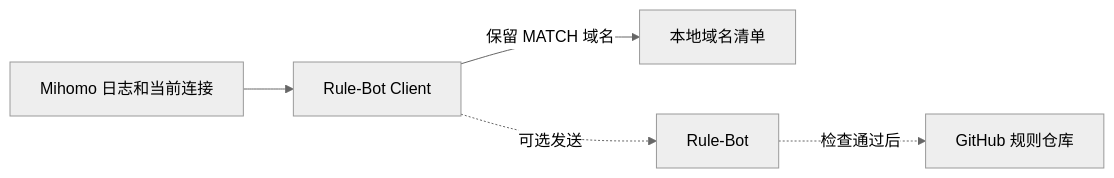
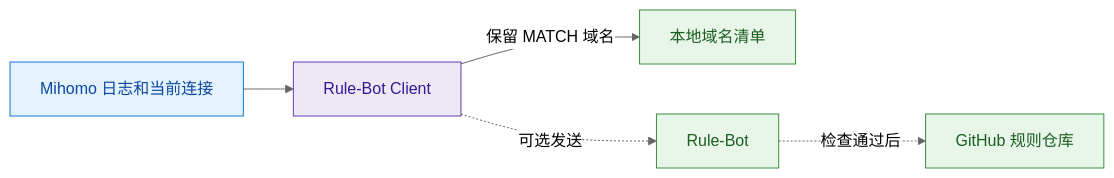
One commit to Aethersailor/Rule-Bot-Client changed the diagram in README.md. Above: the diagram before and after it, drawn with Mermaid (neutral theme). The commit also changed other lines of this file, not shown here.

````diff
--- a/README.md
+++ b/README.md
@@ -24,7 +51,13 @@
 ```mermaid
 flowchart LR
     A["Mihomo 日志和当前连接"] --> B["Rule-Bot Client"]
     B -->|"保留 MATCH 域名"| C["本地域名清单"]
     B -. "可选发送" .-> D["Rule-Bot"]
     D -. "检查通过后" .-> E["GitHub 规则仓库"]
+    classDef source fill:#e3f2fd,stroke:#1976d2,color:#0d47a1
+    classDef client fill:#ede7f6,stroke:#673ab7,color:#311b92
+    classDef result fill:#e8f5e9,stroke:#388e3c,color:#1b5e20
+    class A source
+    class B client
+    class C,D,E result
 ```
````
